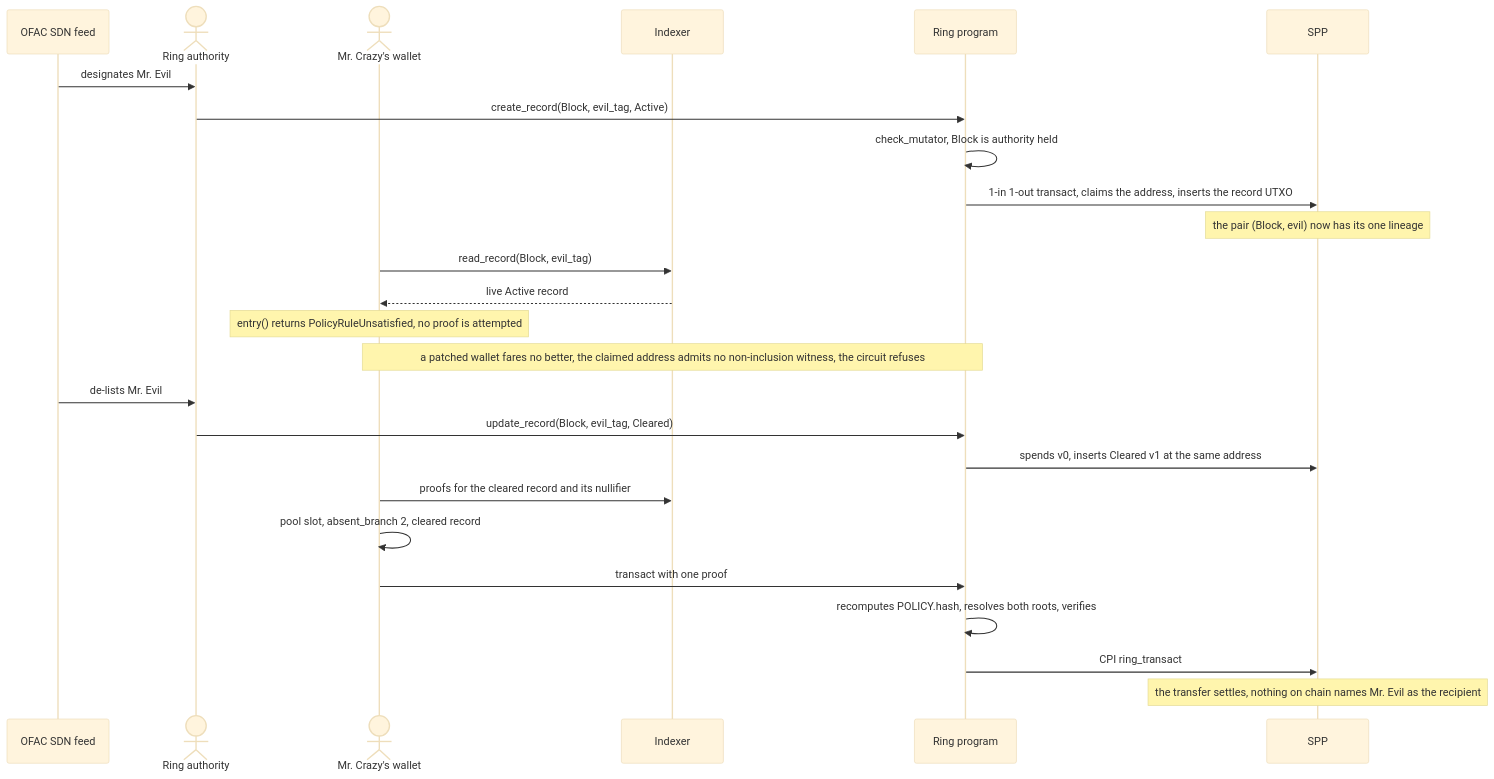
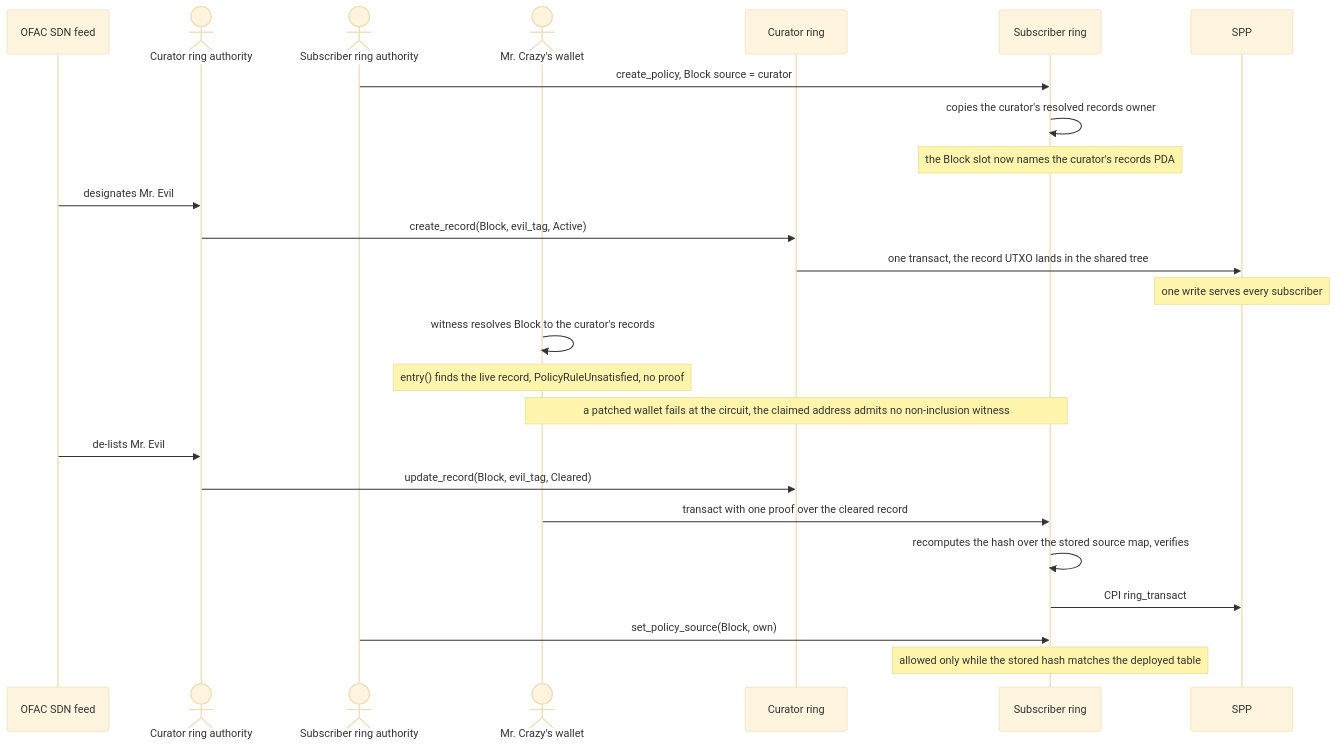
One commit to helius-labs/zolana changed the diagram in docs/diagrams/ring-policy-ofac-example.mmd. Above: the diagram before and after it, drawn with Mermaid (base theme). The commit also changed 6 other files, not shown here.

Commit message:
custom-ring: test the source map on a rule featured image

```diff
--- a/docs/diagrams/ring-policy-ofac-example.mmd
+++ b/docs/diagrams/ring-policy-ofac-example.mmd
@@ -1,29 +1,30 @@
 sequenceDiagram
     participant OFAC as OFAC SDN feed
-    actor Auth as Ring authority
+    actor Curator as Curator ring authority
+    actor Sub as Subscriber ring authority
     actor Crazy as Mr. Crazy's wallet
-    participant Photon as Indexer
-    participant Ring as Ring program
+    participant CurRing as Curator ring
+    participant SubRing as Subscriber ring
     participant SPP
 
-    OFAC->>Auth: designates Mr. Evil
-    Auth->>Ring: create_record(Block, evil_tag, Active)
-    Ring->>Ring: check_mutator, Block is authority held
-    Ring->>SPP: 1-in 1-out transact, claims the address, inserts the record UTXO
-    Note over SPP: the pair (Block, evil) now has its one lineage
+    Sub->>SubRing: create_policy, Block source = curator
+    SubRing->>SubRing: copies the curator's resolved records owner
+    Note over SubRing: the Block slot now names the curator's records PDA
 
-    Crazy->>Photon: read_record(Block, evil_tag)
-    Photon-->>Crazy: live Active record
-    Note over Crazy: entry() returns PolicyRuleUnsatisfied, no proof is attempted
-    Note over Crazy,Ring: a patched wallet fares no better, the claimed address admits no non-inclusion witness, the circuit refuses
+    OFAC->>Curator: designates Mr. Evil
+    Curator->>CurRing: create_record(Block, evil_tag, Active)
+    CurRing->>SPP: one transact, the record UTXO lands in the shared tree
+    Note over SPP: one write serves every subscriber
 
-    OFAC->>Auth: de-lists Mr. Evil
-    Auth->>Ring: update_record(Block, evil_tag, Cleared)
-    Ring->>SPP: spends v0, inserts Cleared v1 at the same address
+    Crazy->>Crazy: witness resolves Block to the curator's records
+    Note over Crazy: entry() finds the live record, PolicyRuleUnsatisfied, no proof
+    Note over Crazy,SubRing: a patched wallet fails at the circuit, the claimed address admits no non-inclusion witness
 
-    Crazy->>Photon: proofs for the cleared record and its nullifier
-    Crazy->>Crazy: pool slot, absent_branch 2, cleared record
-    Crazy->>Ring: transact with one proof
-    Ring->>Ring: recomputes POLICY.hash, resolves both roots, verifies
-    Ring->>SPP: CPI ring_transact
-    Note over SPP: the transfer settles, nothing on chain names Mr. Evil as the recipient
+    OFAC->>Curator: de-lists Mr. Evil
+    Curator->>CurRing: update_record(Block, evil_tag, Cleared)
+    Crazy->>SubRing: transact with one proof over the cleared record
+    SubRing->>SubRing: recomputes the hash over the stored source map, verifies
+    SubRing->>SPP: CPI ring_transact
+
+    Sub->>SubRing: set_policy_source(Block, own)
+    Note over SubRing: allowed only while the stored hash matches the deployed table
```
